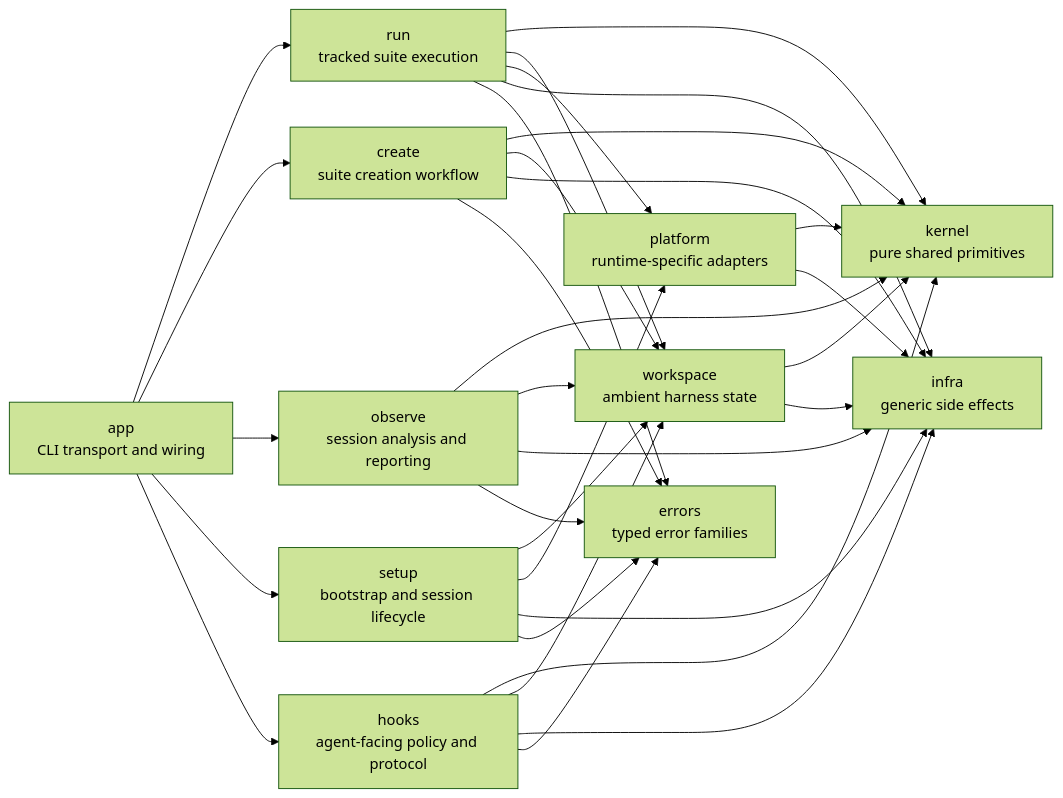
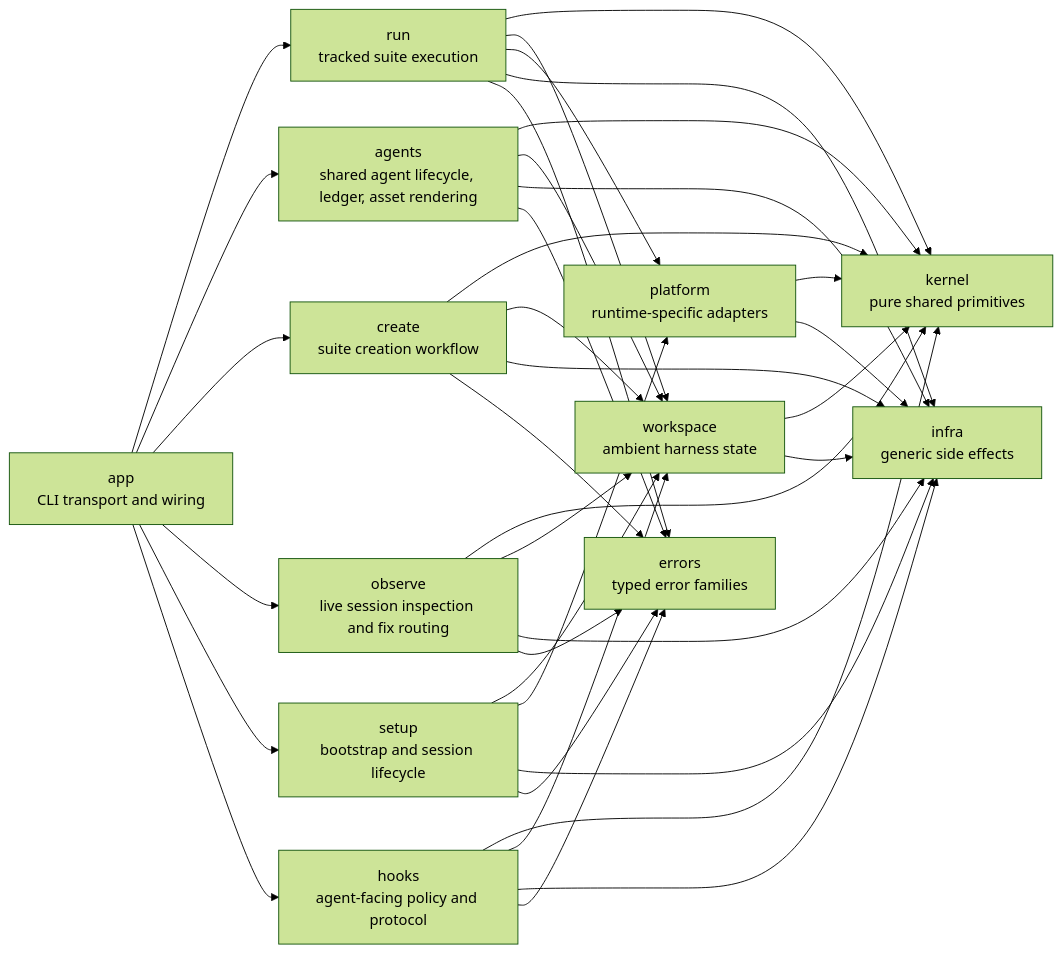
One commit to smykla-skalski/harness changed the first of 3 diagrams in ARCHITECTURE.md. Above: the diagram before and after it, drawn with Mermaid (forest theme). The commit also changed other lines of this file and 8 other files, not shown here.

````diff
--- a/ARCHITECTURE.md
+++ b/ARCHITECTURE.md
@@ -9,53 +9,60 @@
 ```mermaid
 flowchart LR
     App["app\nCLI transport and wiring"]
 
+    Agents["agents\nshared agent lifecycle, ledger, asset rendering"]
     Run["run\ntracked suite execution"]
     Create["create\nsuite creation workflow"]
-    Observe["observe\nsession analysis and reporting"]
+    Observe["observe\nlive session inspection and fix routing"]
     Setup["setup\nbootstrap and session lifecycle"]
     Hooks["hooks\nagent-facing policy and protocol"]
 
     Kernel["kernel\npure shared primitives"]
     Workspace["workspace\nambient harness state"]
     Platform["platform\nruntime-specific adapters"]
     Infra["infra\ngeneric side effects"]
     Errors["errors\ntyped error families"]
 
     App --> Run
+    App --> Agents
     App --> Create
     App --> Observe
     App --> Setup
     App --> Hooks
+
+    Agents --> Kernel
+    Agents --> Workspace
+    Agents --> Infra
+    Agents --> Errors
 
     Run --> Kernel
     Run --> Workspace
     Run --> Platform
     Run --> Infra
     Run --> Errors
 
     Create --> Kernel
     Create --> Workspace
     Create --> Infra
     Create --> Errors
 
     Observe --> Kernel
     Observe --> Workspace
     Observe --> Infra
     Observe --> Errors
 
     Setup --> Workspace
     Setup --> Platform
     Setup --> Infra
     Setup --> Errors
 
     Hooks --> Kernel
     Hooks --> Workspace
     Hooks --> Infra
     Hooks --> Errors
 
     Workspace --> Kernel
     Workspace --> Infra
     Platform --> Kernel
     Platform --> Infra
 ```
````
